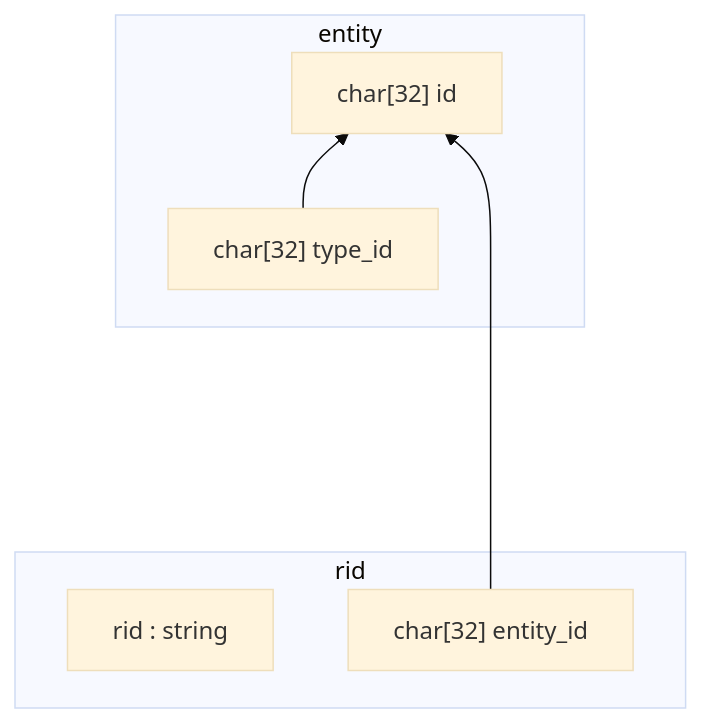
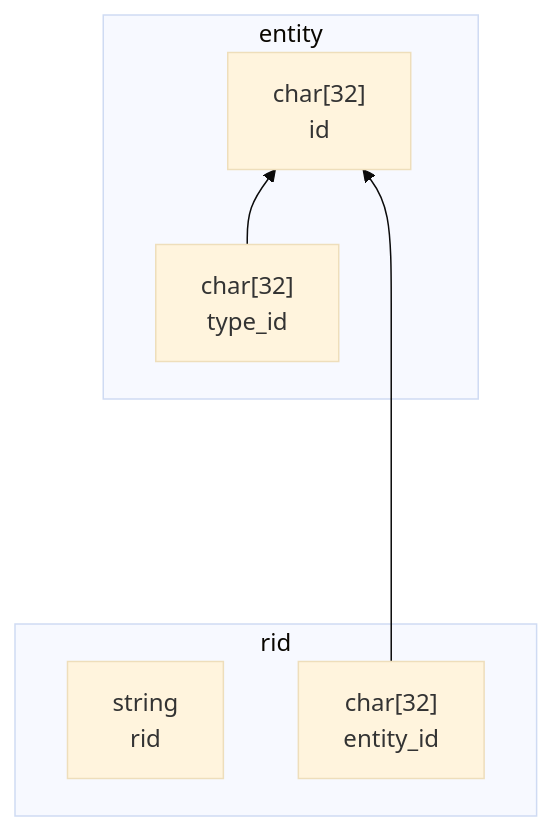
The first of 2 diagrams in ru/entities.md (johnthesmith/scraps), drawn with Mermaid (base theme) before and after one commit.

````diff
--- a/ru/entities.md
+++ b/ru/entities.md
@@ -116,19 +116,19 @@
 ```mermaid
 
 graph BT
 
     subgraph entity
-        entity_id["char[32] id"]
-        entity_type_id["char[32] type_id"]
+        entity_id["char[32] <br> id"]
+        entity_type_id["char[32] <br> type_id"]
     end
 
     subgraph rid
-        rid_value["rid : string"]
-        rid_entity_id["char[32] entity_id"]
+        rid_value["string <br> rid"]
+        rid_entity_id["char[32] <br> entity_id"]
     end
 
 
 entity_type_id --> entity_id
 rid_entity_id -----> entity_id 
 
 ```
````
